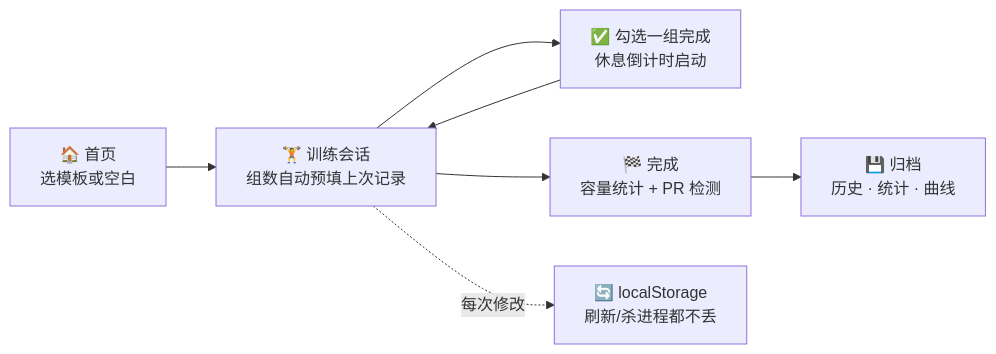
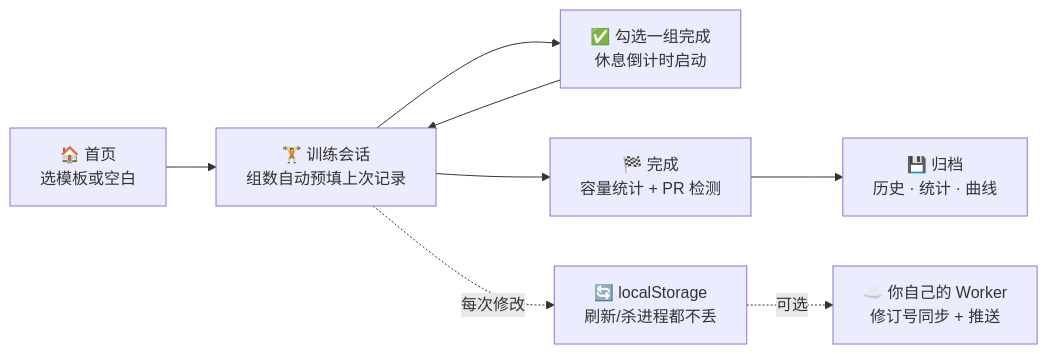
One commit to Mocas-12/gym-gym changed the diagram in README.zh-CN.md. Above: the diagram before and after it, drawn with Mermaid. The commit also changed other lines of this file and 1 other file, not shown here.

````diff
--- a/README.zh-CN.md
+++ b/README.zh-CN.md
@@ -75,9 +81,10 @@
 ```mermaid
 flowchart LR
     A[🏠 首页<br/>选模板或空白] --> B[🏋️ 训练会话<br/>组数自动预填上次记录]
     B --> C[✅ 勾选一组完成<br/>休息倒计时启动]
     C --> B
     B --> D[🏁 完成<br/>容量统计 + PR 检测]
     D --> E[💾 归档<br/>历史 · 统计 · 曲线]
     B -.每次修改.-> F[🔄 localStorage<br/>刷新/杀进程都不丢]
+    F -.可选.-> G[☁️ 你自己的 Worker<br/>修订号同步 + 推送]
 ```
````
